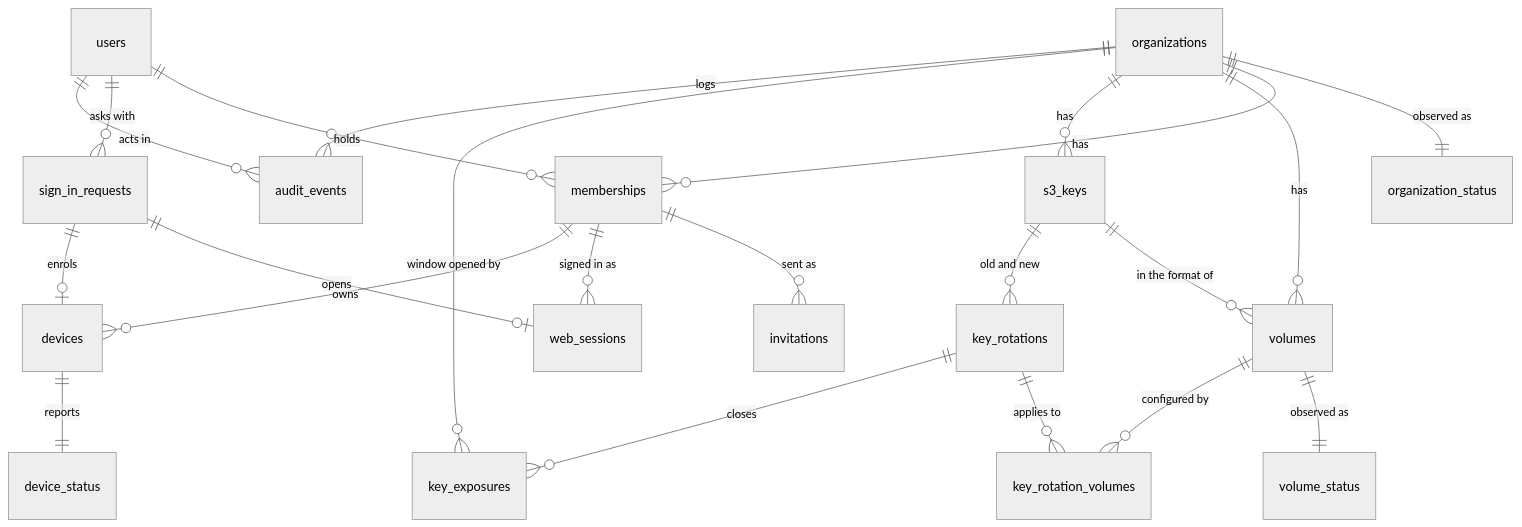
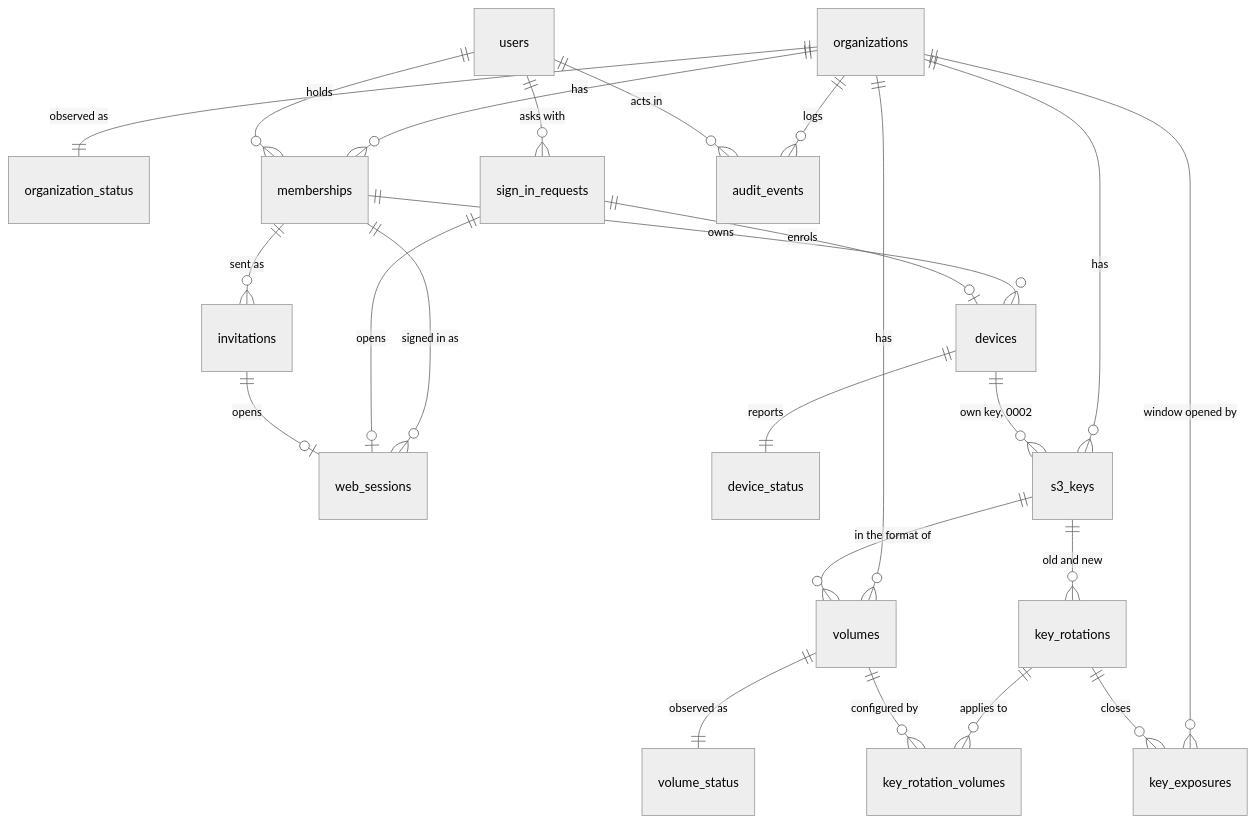
Before and after one commit to essedev/floppy: the diagram in docs/DATABASE_SCHEMA.md, drawn with Mermaid (neutral theme). The commit also changed other lines of this file, not shown here.

Commit message:
docs: schema built in phase 1, storage modes, key scopes, versioning and mail language for 0002

````diff
--- a/docs/DATABASE_SCHEMA.md
+++ b/docs/DATABASE_SCHEMA.md
@@ -59,24 +89,26 @@
 ```mermaid
 erDiagram
   organizations ||--|| organization_status : "observed as"
   organizations ||--o{ memberships : has
   users ||--o{ memberships : holds
   memberships ||--o{ invitations : "sent as"
   memberships ||--o{ web_sessions : "signed in as"
   memberships ||--o{ devices : owns
   users ||--o{ sign_in_requests : "asks with"
   sign_in_requests ||--o| web_sessions : opens
+  invitations ||--o| web_sessions : opens
   sign_in_requests ||--o| devices : enrols
   devices ||--|| device_status : "reports"
   organizations ||--o{ volumes : has
   volumes ||--|| volume_status : "observed as"
   organizations ||--o{ s3_keys : has
   s3_keys ||--o{ volumes : "in the format of"
+  devices ||--o{ s3_keys : "own key, 0002"
   s3_keys ||--o{ key_rotations : "old and new"
   key_rotations ||--o{ key_rotation_volumes : "applies to"
   volumes ||--o{ key_rotation_volumes : "configured by"
   organizations ||--o{ key_exposures : "window opened by"
   key_rotations ||--o{ key_exposures : closes
   organizations ||--o{ audit_events : logs
   users ||--o{ audit_events : "acts in"
 ```
````
